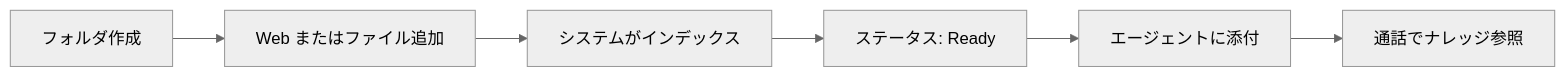
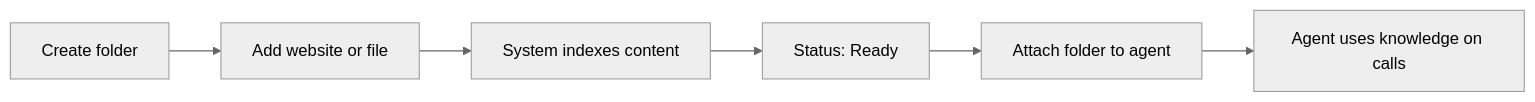
Before and after one commit to jagriti-sh11/docs: the diagram in index.mdx, drawn with Mermaid (neutral theme). The commit also changed other lines of this file and 6 other files, not shown here.

````diff
--- a/index.mdx
+++ b/index.mdx
@@ -25,8 +26,8 @@
 ```mermaid
 flowchart LR
-  A[フォルダ作成] --> B[Web またはファイル追加]
-  B --> C[システムがインデックス]
-  C --> D[ステータス: Ready]
-  D --> E[エージェントに添付]
-  E --> F[通話でナレッジ参照]
+  A[Create folder] --> B[Add website or file]
+  B --> C[System indexes content]
+  C --> D[Status: Ready]
+  D --> E[Attach folder to agent]
+  E --> F[Agent uses knowledge on calls]
 ```
````
